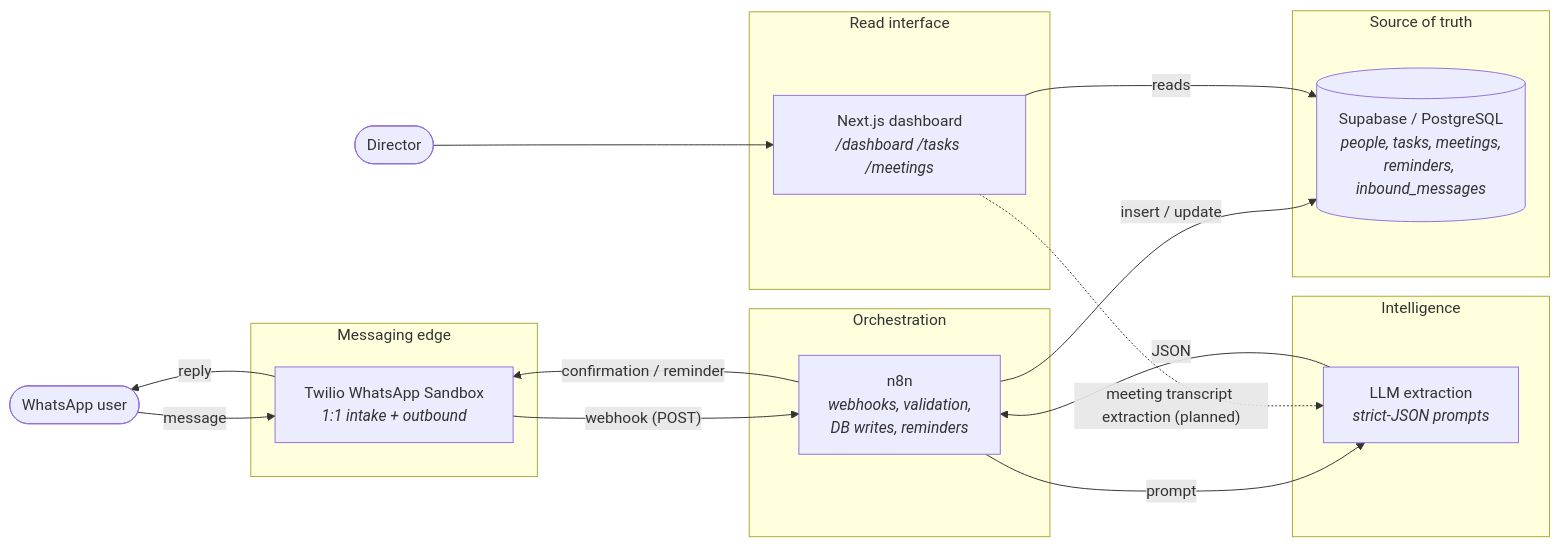
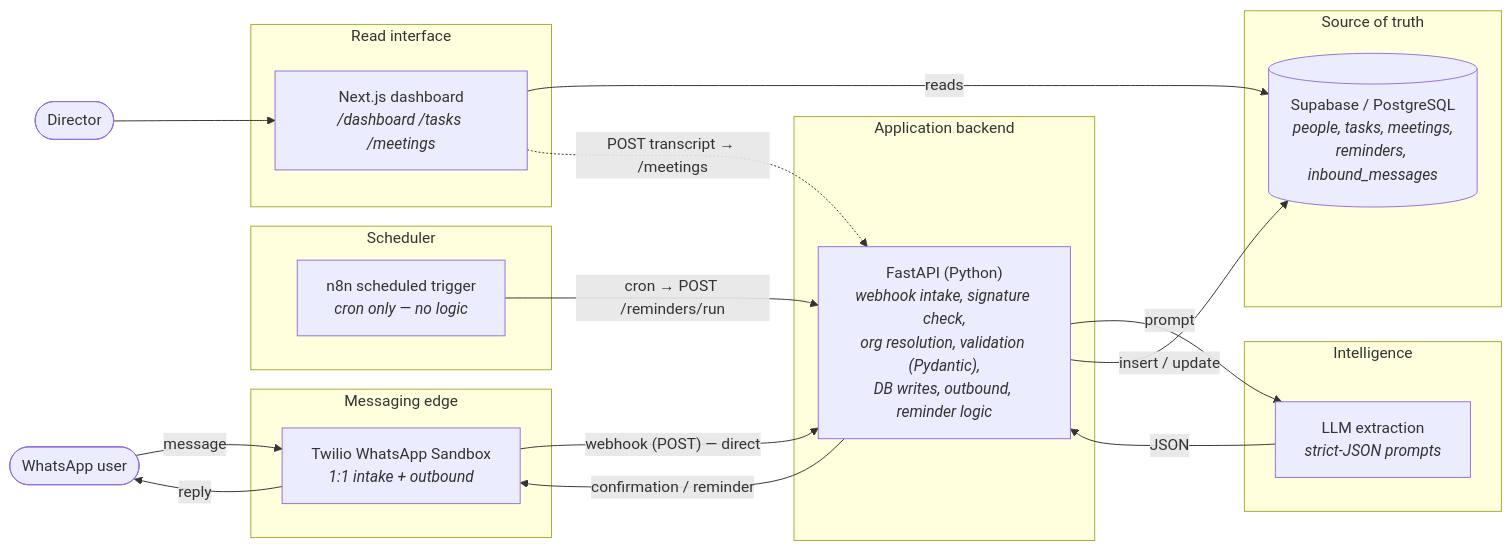
The second of 4 diagrams in docs/architecture/overview.md (MateoBarbato/auto-mode-on), drawn with Mermaid before and after one commit. The commit also changed other lines of this file and 7 other files, not shown here.

First line of the commit message:
docs: pivot architecture to programmatic FastAPI pipeline (n8n scheduler-only)

````diff
--- a/docs/architecture/overview.md
+++ b/docs/architecture/overview.md
@@ -56,37 +57,42 @@
 ```mermaid
 flowchart LR
   WA(["WhatsApp user"])
 
   subgraph edge[Messaging edge]
     TW["Twilio WhatsApp Sandbox<br/><i>1:1 intake + outbound</i>"]
   end
 
-  subgraph orch[Orchestration]
-    N8N["n8n<br/><i>webhooks, validation,<br/>DB writes, reminders</i>"]
+  subgraph app[Application backend]
+    API["FastAPI (Python)<br/><i>webhook intake, signature check,<br/>org resolution, validation (Pydantic),<br/>DB writes, outbound, reminder logic</i>"]
+  end
+
+  subgraph sched[Scheduler]
+    N8N["n8n scheduled trigger<br/><i>cron only — no logic</i>"]
   end
 
   subgraph ai[Intelligence]
     LLM["LLM extraction<br/><i>strict-JSON prompts</i>"]
   end
 
   subgraph data[Source of truth]
     DB[("Supabase / PostgreSQL<br/><i>people, tasks, meetings,<br/>reminders, inbound_messages</i>")]
   end
 
   subgraph ui[Read interface]
     WEB["Next.js dashboard<br/><i>/dashboard /tasks /meetings</i>"]
   end
 
   director(["Director"])
 
   WA -->|message| TW
-  TW -->|"webhook (POST)"| N8N
-  N8N -->|"prompt"| LLM
-  LLM -->|"JSON"| N8N
-  N8N -->|"insert / update"| DB
-  N8N -->|"confirmation / reminder"| TW
+  TW -->|"webhook (POST) — direct"| API
+  API -->|"prompt"| LLM
+  LLM -->|"JSON"| API
+  API -->|"insert / update"| DB
+  API -->|"confirmation / reminder"| TW
   TW -->|reply| WA
+  N8N -->|"cron → POST /reminders/run"| API
   WEB -->|"reads"| DB
-  WEB -.->|"meeting transcript extraction (planned)"| LLM
+  WEB -.->|"POST transcript → /meetings"| API
   director --> WEB
 ```
````
